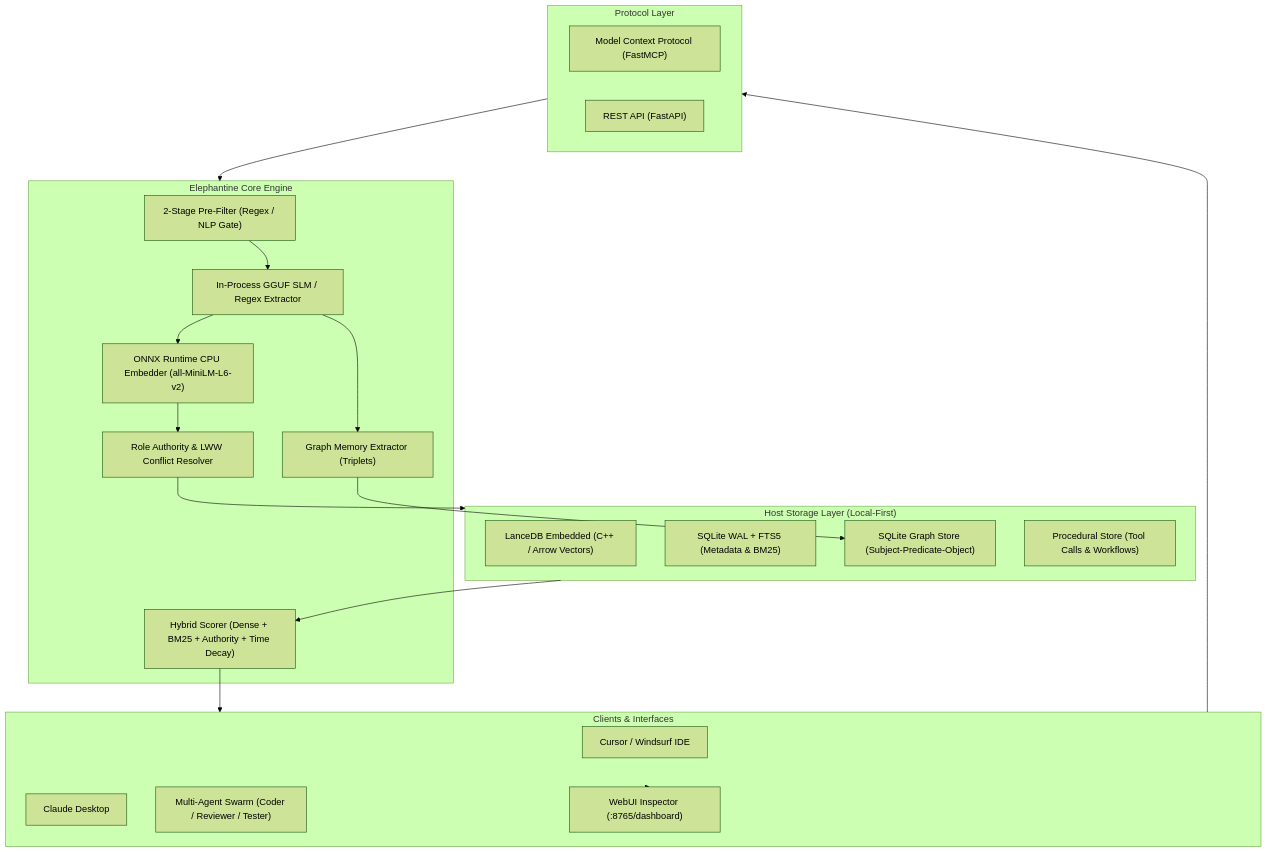
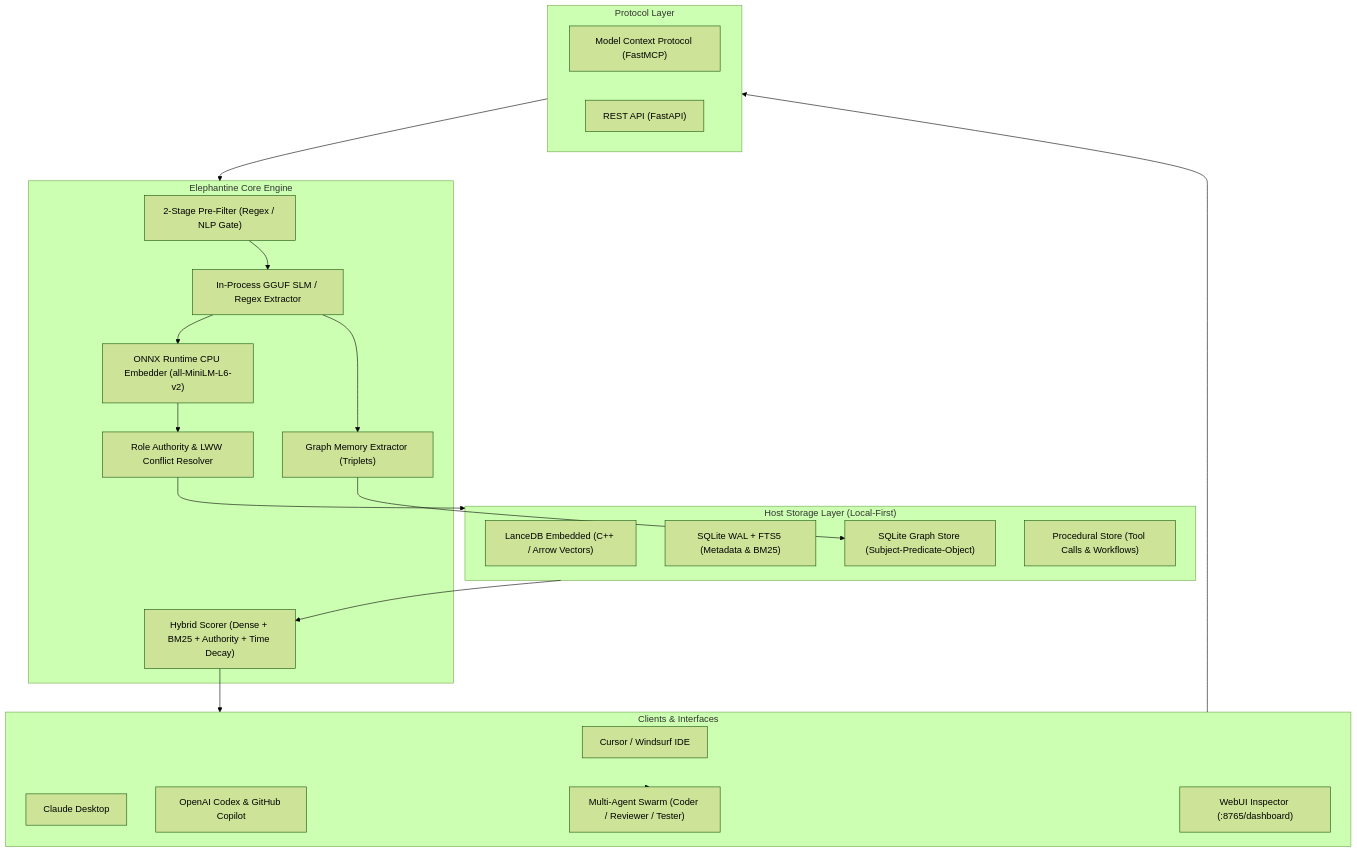
Before and after one commit to partitect/elephantine: the diagram in README.md, drawn with Mermaid (forest theme). The commit also changed other lines of this file and 1 other file, not shown here.

Commit message:
feat: add OpenAI Codex and GitHub Copilot support to CLI and documentation

````diff
--- a/README.md
+++ b/README.md
@@ -79,43 +79,44 @@
 ```mermaid
 flowchart TD
     subgraph Clients["Clients & Interfaces"]
         A1["Cursor / Windsurf IDE"]
         A2["Claude Desktop"]
-        A3["Multi-Agent Swarm (Coder / Reviewer / Tester)"]
-        A4["WebUI Inspector (:8765/dashboard)"]
+        A3["OpenAI Codex & GitHub Copilot"]
+        A4["Multi-Agent Swarm (Coder / Reviewer / Tester)"]
+        A5["WebUI Inspector (:8765/dashboard)"]
     end
 
     subgraph MCP["Protocol Layer"]
         M1["Model Context Protocol (FastMCP)"]
         M2["REST API (FastAPI)"]
     end
 
     subgraph Engine["Elephantine Core Engine"]
         F1["2-Stage Pre-Filter (Regex / NLP Gate)"]
         GGUF["In-Process GGUF SLM / Regex Extractor"]
         CR["Role Authority & LWW Conflict Resolver"]
         ONNX["ONNX Runtime CPU Embedder (all-MiniLM-L6-v2)"]
         GR["Graph Memory Extractor (Triplets)"]
         SC["Hybrid Scorer (Dense + BM25 + Authority + Time Decay)"]
     end
 
     subgraph Storage["Host Storage Layer (Local-First)"]
         V["LanceDB Embedded (C++ / Arrow Vectors)"]
         SQL["SQLite WAL + FTS5 (Metadata & BM25)"]
         GSQL["SQLite Graph Store (Subject-Predicate-Object)"]
         PROC["Procedural Store (Tool Calls & Workflows)"]
     end
 
     Clients --> MCP
     Clients --> A4
     MCP --> Engine
     F1 --> GGUF
     GGUF --> ONNX
     GGUF --> GR
     ONNX --> CR
     GR --> GSQL
     CR --> Storage
     Engine --> SC
     Storage --> SC
     SC --> Clients
 ```
````
